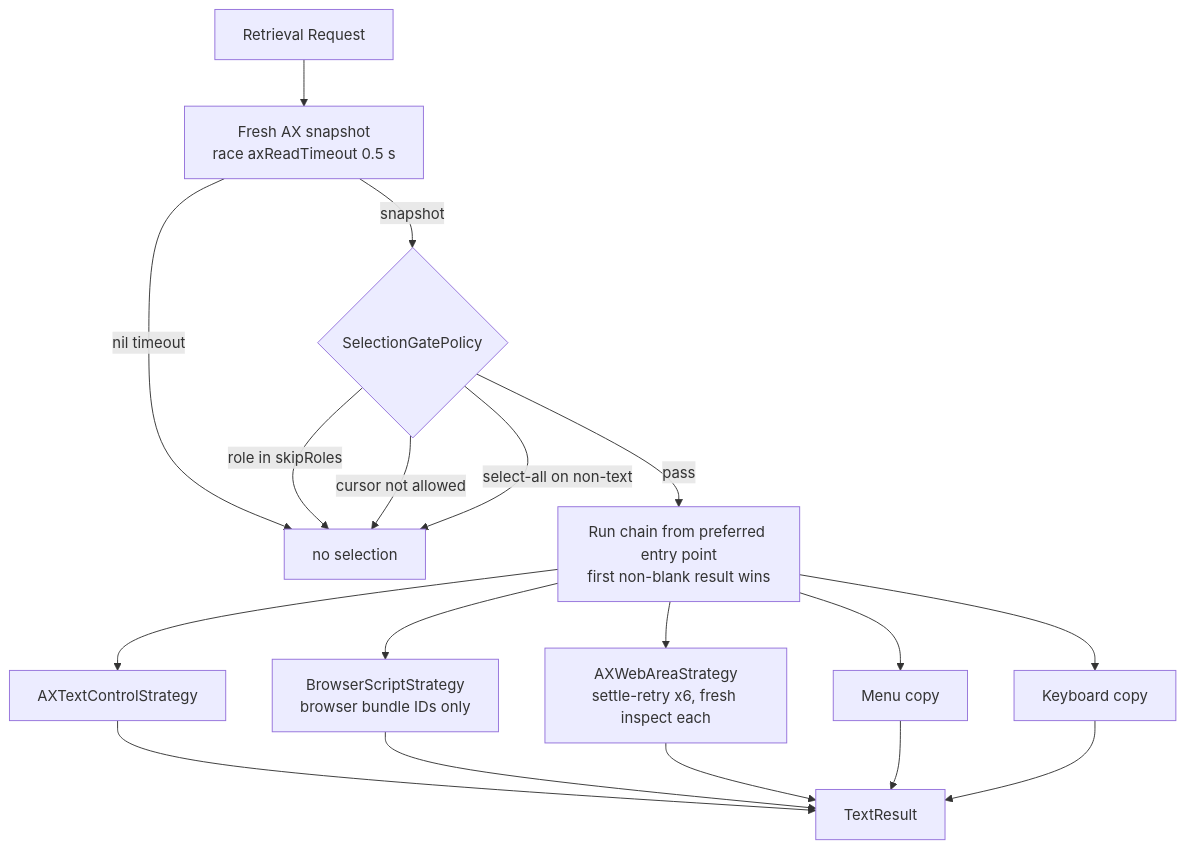
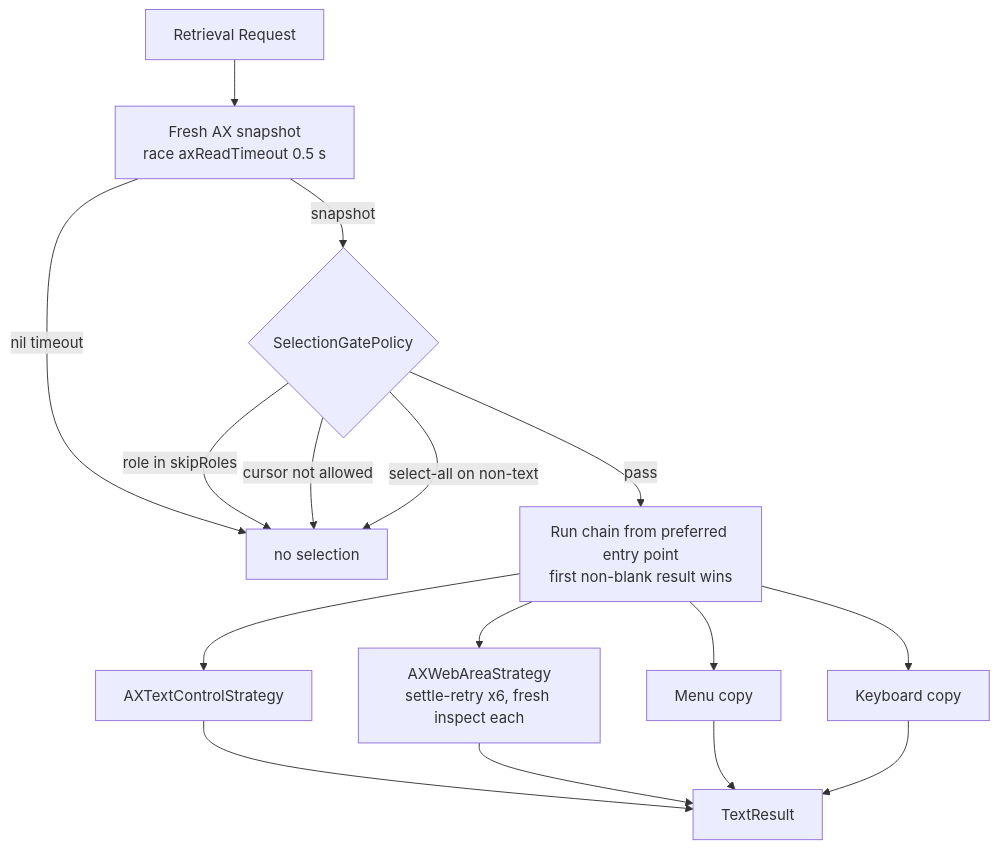
Before and after one commit to ganeshmshetty/openclip: the diagram in docs/architecture/text-selection.md, drawn with Mermaid. The commit also changed other lines of this file and 17 other files, not shown here.

````diff
--- a/docs/architecture/text-selection.md
+++ b/docs/architecture/text-selection.md
@@ -55,20 +55,18 @@
 ```mermaid
 flowchart TD
   Start[Retrieval Request] --> Inspect[Fresh AX snapshot<br/>race axReadTimeout 0.5 s]
   Inspect -- nil timeout --> Nil[no selection]
   Inspect -- snapshot --> Gate{SelectionGatePolicy}
   Gate -- role in skipRoles --> Nil
   Gate -- cursor not allowed --> Nil
   Gate -- select-all on non-text --> Nil
   Gate -- pass --> Chain[Run chain from preferred entry point<br/>first non-blank result wins]
   Chain --> AXText[AXTextControlStrategy]
-  Chain --> BS[BrowserScriptStrategy<br/>browser bundle IDs only]
   Chain --> AXWeb[AXWebAreaStrategy<br/>settle-retry x6, fresh inspect each]
   Chain --> MenuCopy[Menu copy]
   Chain --> KBCopy[Keyboard copy]
   AXText --> Out[TextResult]
-  BS --> Out
   AXWeb --> Out
   MenuCopy --> Out
   KBCopy --> Out
 ```
````
